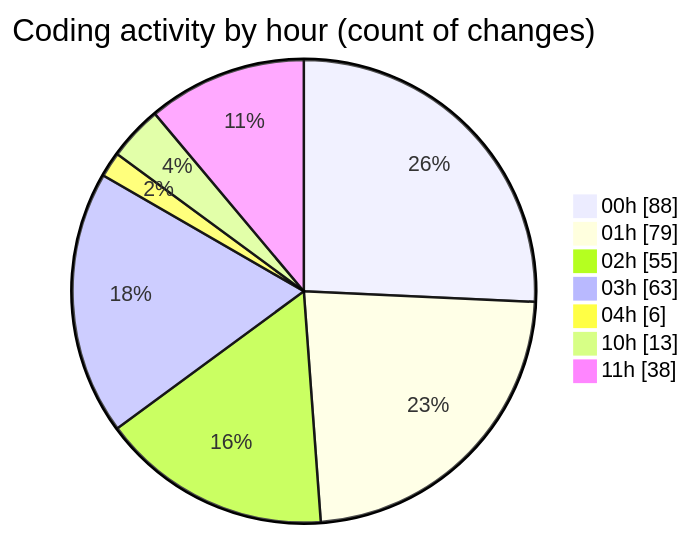
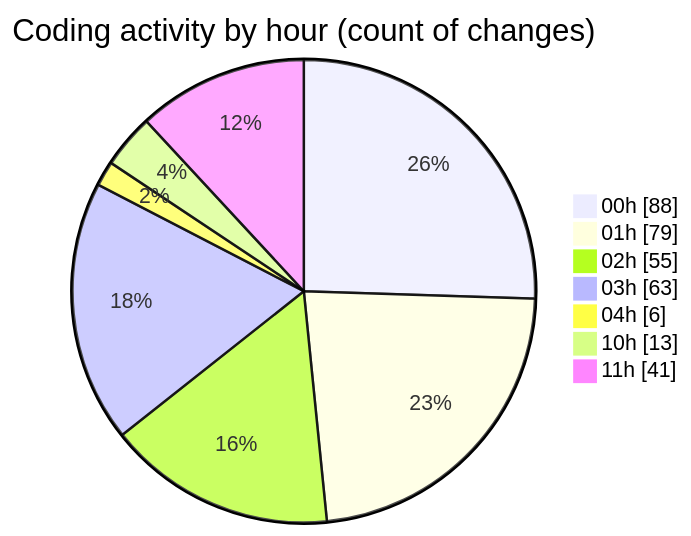
Before and after one commit to lephambinh05/code-tracking: the second of 2 diagrams in 2025-08-16/rentotp/README.md, drawn with Mermaid. The commit also changed other lines of this file and 1 other file, not shown here.

````diff
--- a/2025-08-16/rentotp/README.md
+++ b/2025-08-16/rentotp/README.md
@@ -78,11 +78,11 @@
 ```mermaid
 pie showData
 title Coding activity by hour (count of changes)
 "00h" : 88
 "01h" : 79
 "02h" : 55
 "03h" : 63
 "04h" : 6
 "10h" : 13
-"11h" : 38
+"11h" : 41
 ```
````
